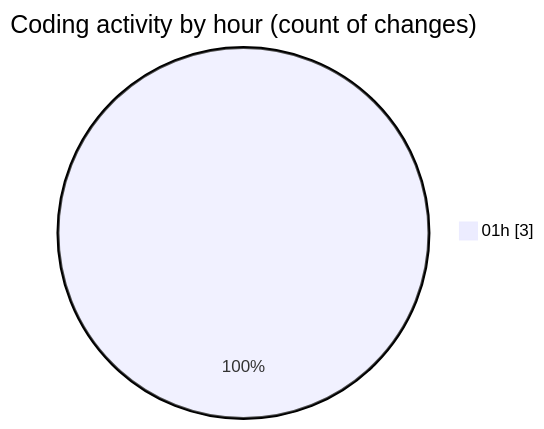
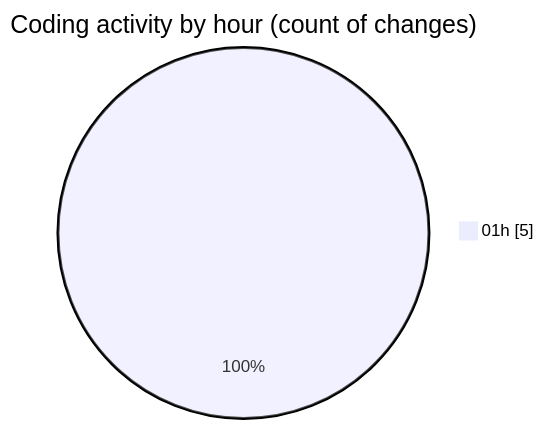
The second of 2 diagrams in 2026-02-04/singularitybrainai/README.md (tmsrecording-cyber/code-tracking), drawn with Mermaid before and after one commit. The commit also changed other lines of this file and 1 other file, not shown here.

````diff
--- a/2026-02-04/singularitybrainai/README.md
+++ b/2026-02-04/singularitybrainai/README.md
@@ -28,5 +29,5 @@
 ```mermaid
 pie showData
 title Coding activity by hour (count of changes)
-"01h" : 3
+"01h" : 5
 ```
````
